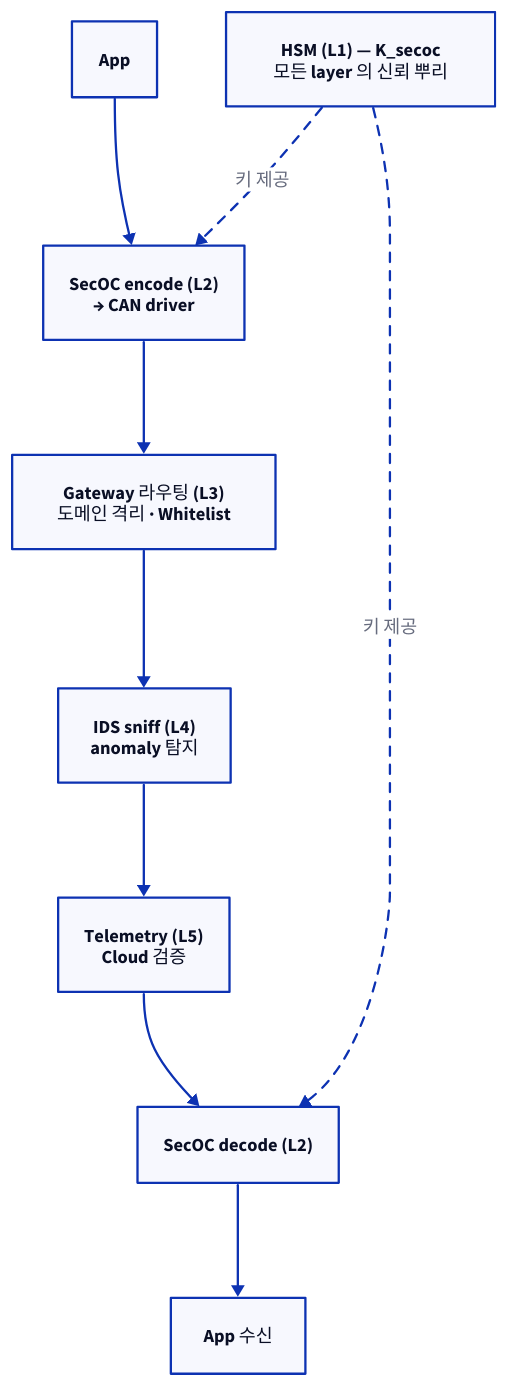
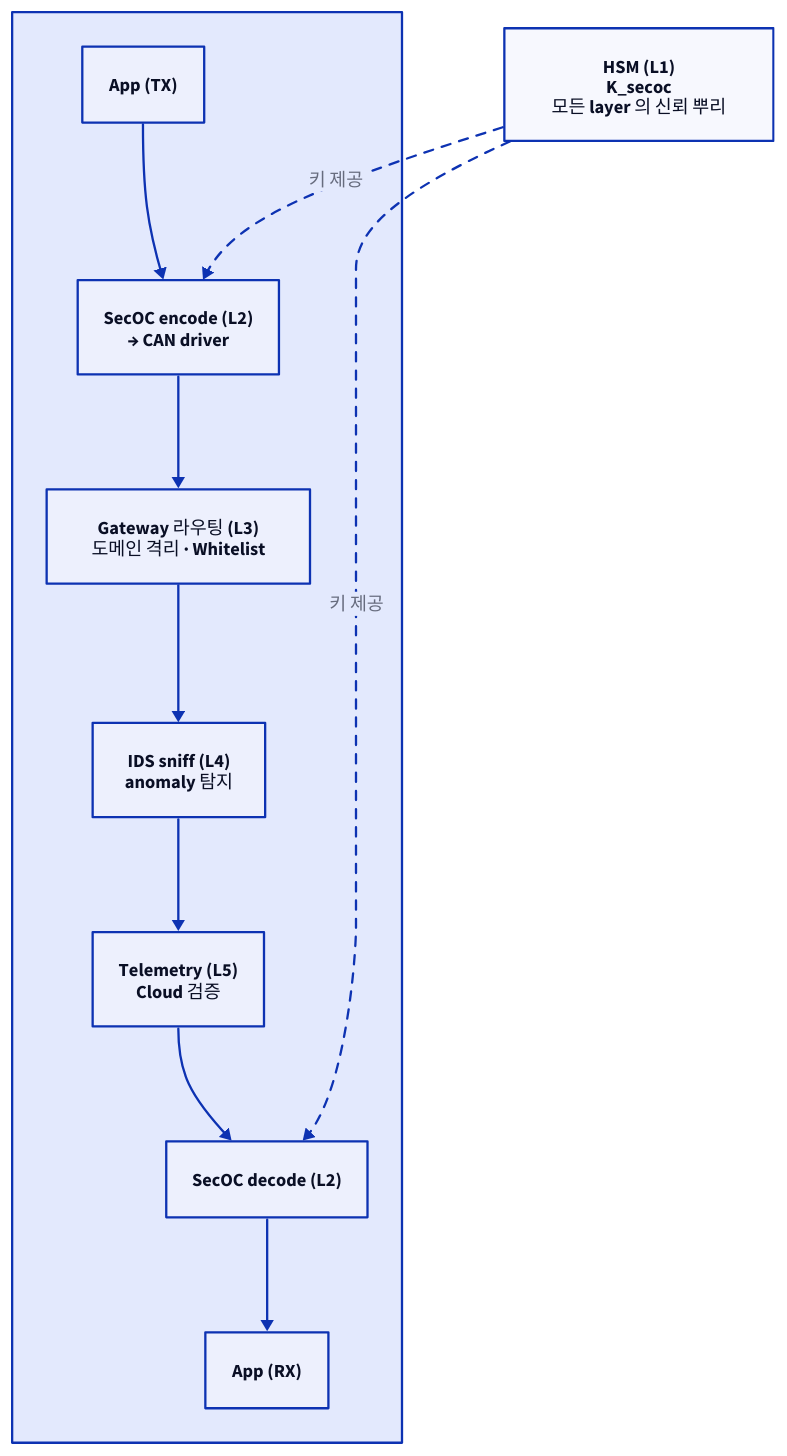
The fourth of 14 diagrams in topics/automotive_cybersecurity/docs/02_automotive_soc_security.md (humbleowl39/DV_SKOOL), drawn with D2 before and after one commit. The commit also changed other lines of this file and 90 other files, not shown here.

First line of the commit message:
docs: 전 토픽 다이어그램 정비 — ASCII→D2, mermaid→D2, 과대 D2 가시성 수정

````diff
--- a/topics/automotive_cybersecurity/docs/02_automotive_soc_security.md
+++ b/topics/automotive_cybersecurity/docs/02_automotive_soc_security.md
@@ -215,20 +217,23 @@
 ```d2
 direction: down
 
-APP_TX: "App"
-L2E: "SecOC encode (L2)\n→ CAN driver"
-GW: "Gateway 라우팅 (L3)\n도메인 격리 · Whitelist"
-IDS: "IDS sniff (L4)\nanomaly 탐지"
-TEL: "Telemetry (L5)\nCloud 검증"
-L2D: "SecOC decode (L2)"
-APP_RX: "App 수신"
-HSM: "HSM (L1) — K_secoc\n모든 layer 의 신뢰 뿌리"
-APP_TX -> L2E
-L2E -> GW
-GW -> IDS
-IDS -> TEL
-TEL -> L2D
-L2D -> APP_RX
-HSM -> L2E: "키 제공" { style.stroke-dash: 4 }
-HSM -> L2D: "키 제공" { style.stroke-dash: 4 }
+MAIN: "" {
+  direction: right
+  APP_TX: "App (TX)"
+  L2E: "SecOC encode (L2)\n→ CAN driver"
+  GW: "Gateway 라우팅 (L3)\n도메인 격리 · Whitelist"
+  IDS: "IDS sniff (L4)\nanomaly 탐지"
+  TEL: "Telemetry (L5)\nCloud 검증"
+  L2D: "SecOC decode (L2)"
+  APP_RX: "App (RX)"
+  APP_TX -> L2E
+  L2E -> GW
+  GW -> IDS
+  IDS -> TEL
+  TEL -> L2D
+  L2D -> APP_RX
+}
+HSM: "HSM (L1)\nK_secoc\n모든 layer 의 신뢰 뿌리"
+HSM -> MAIN.L2E: "키 제공" { style.stroke-dash: 4 }
+HSM -> MAIN.L2D: "키 제공" { style.stroke-dash: 4 }
 ```
````
